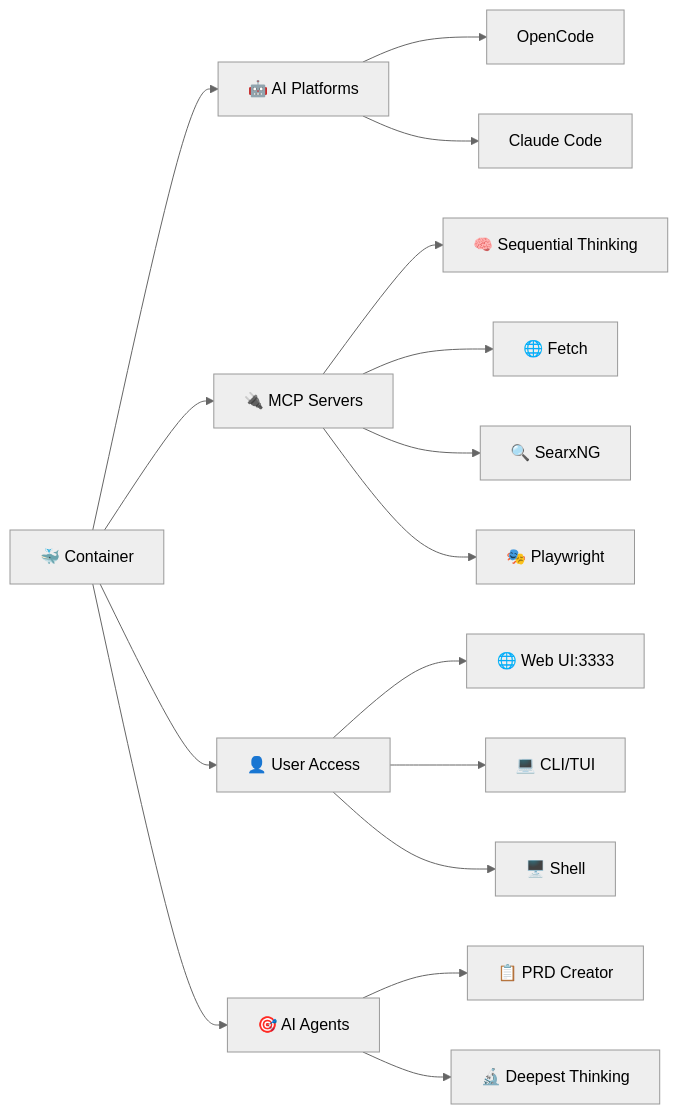
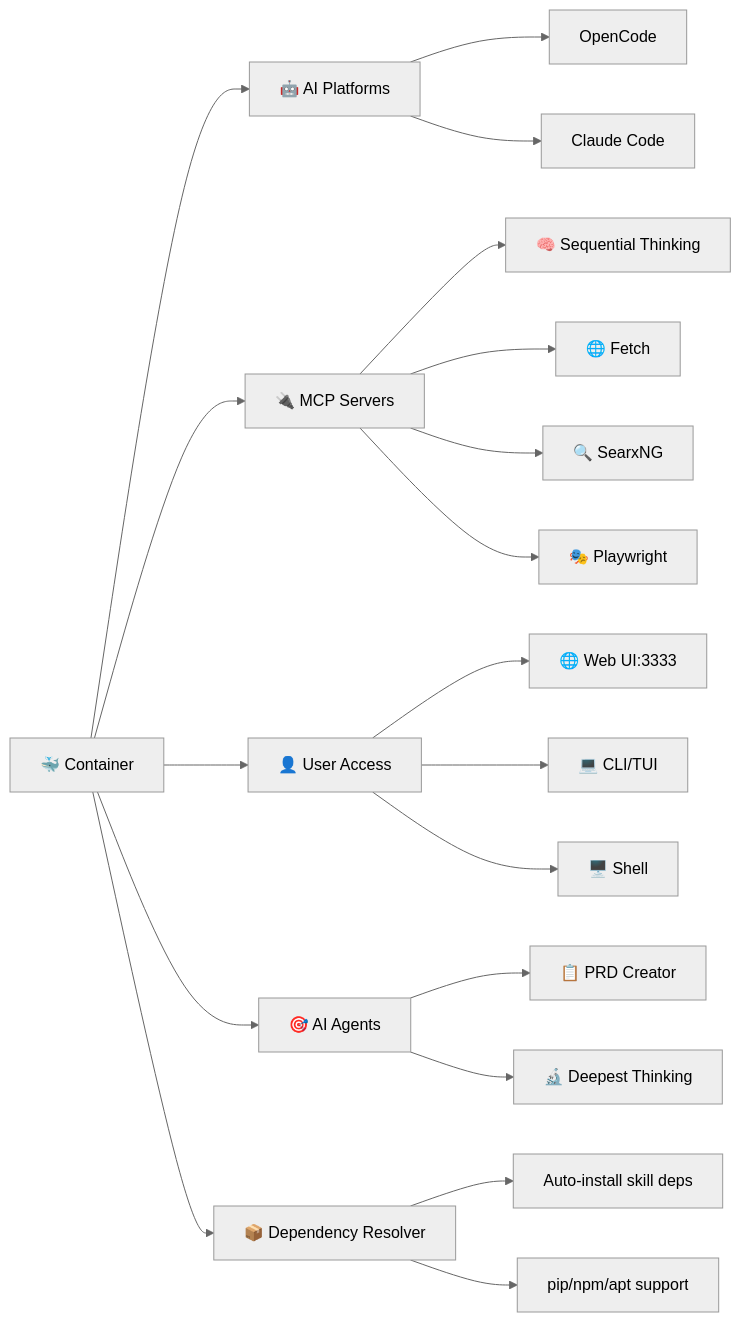
One commit to SamAcctX/jeeves changed the diagram in README.md. Above: the diagram before and after it, drawn with Mermaid (neutral theme). The commit also changed other lines of this file, not shown here.

Commit message:
feat: Skill dep resolver

````diff
--- a/README.md
+++ b/README.md
@@ -76,22 +78,26 @@
 ```mermaid
 graph LR
     A[🐳 Container] --> B[🤖 AI Platforms]
     A --> C[🔌 MCP Servers]
     A --> D[👤 User Access]
     A --> E[🎯 AI Agents]
+    A --> F[📦 Dependency Resolver]
     
     B --> B1[OpenCode]
     B --> B2[Claude Code]
     
     E --> E1[📋 PRD Creator]
     E --> E2[🔬 Deepest Thinking]
     
     C --> C1[🧠 Sequential Thinking]
     C --> C2[🌐 Fetch]
     C --> C3[🔍 SearxNG]
     C --> C4[🎭 Playwright]
     
     D --> D1[🌐 Web UI:3333]
     D --> D2[💻 CLI/TUI]
     D --> D3[🖥️ Shell]
+    
+    F --> F1[Auto-install skill deps]
+    F --> F2[pip/npm/apt support]
 ```
````
